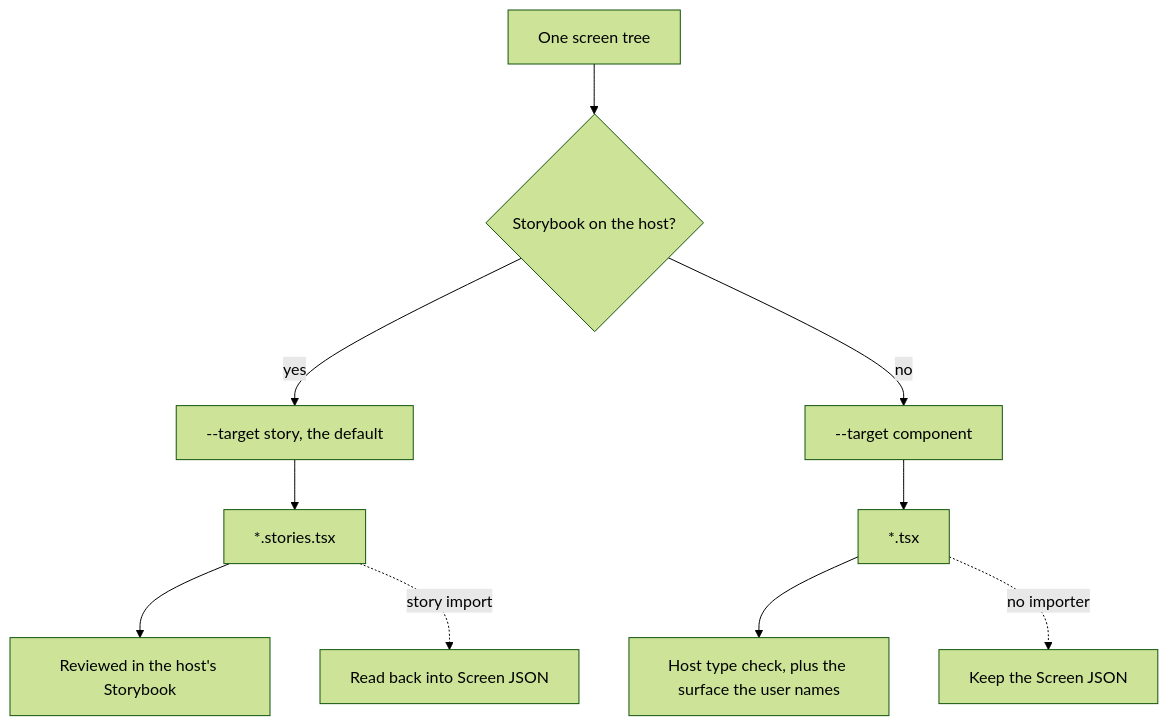
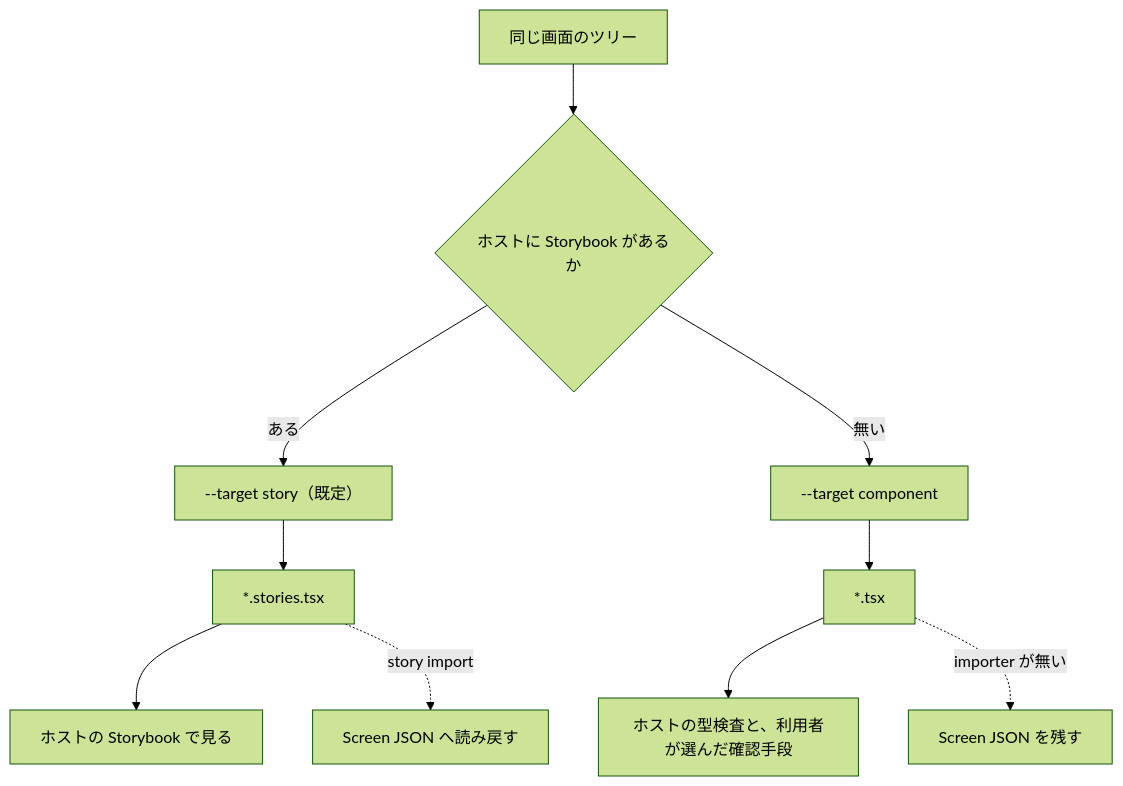
One commit to yosegi-dev/yosegi changed the third of 4 diagrams in docs/ja/workflows.md. Above: the diagram before and after it, drawn with Mermaid (forest theme). The commit also changed other lines of this file and 6 other files, not shown here.

First line of the commit message:
docs: translate the diagram labels on the Japanese pages

````diff
--- a/docs/ja/workflows.md
+++ b/docs/ja/workflows.md
@@ -135,12 +135,12 @@
 ```mermaid
 flowchart TD
-  tree["One screen tree"] --> t{"Storybook on the host?"}
-  t -->|"yes"| story["--target story, the default"]
-  t -->|"no"| comp["--target component"]
+  tree["同じ画面のツリー"] --> t{"ホストに Storybook があるか"}
+  t -->|"ある"| story["--target story（既定）"]
+  t -->|"無い"| comp["--target component"]
   story --> csf["*.stories.tsx"]
   comp --> tsx["*.tsx"]
-  csf --> rv1["Reviewed in the host's Storybook"]
-  tsx --> rv2["Host type check, plus the surface the user names"]
-  csf -.->|"story import"| back["Read back into Screen JSON"]
-  tsx -.->|"no importer"| keep["Keep the Screen JSON"]
+  csf --> rv1["ホストの Storybook で見る"]
+  tsx --> rv2["ホストの型検査と、利用者が選んだ確認手段"]
+  csf -.->|"story import"| back["Screen JSON へ読み戻す"]
+  tsx -.->|"importer が無い"| keep["Screen JSON を残す"]
 ```
````
